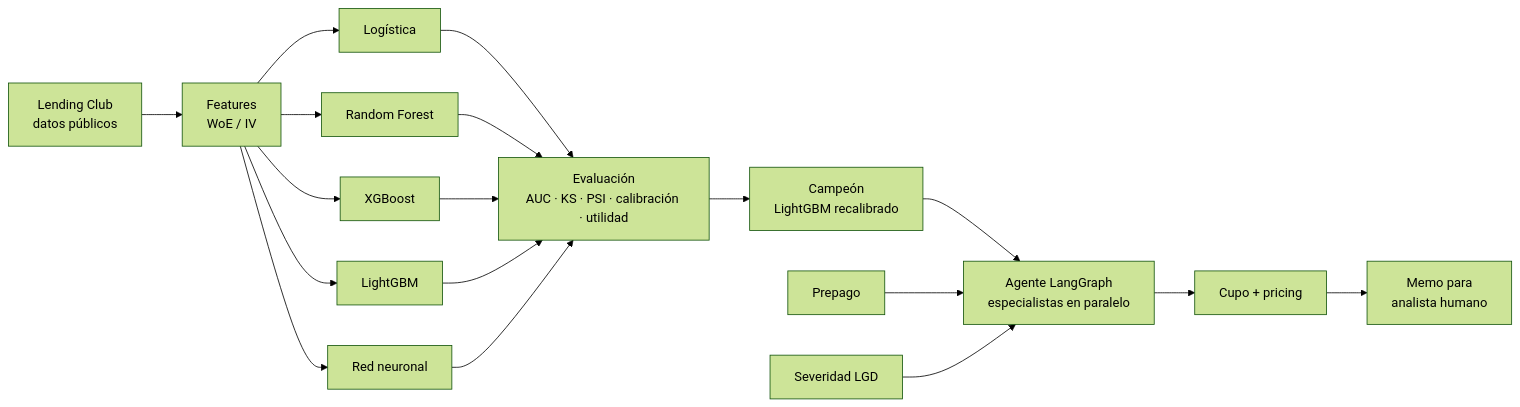
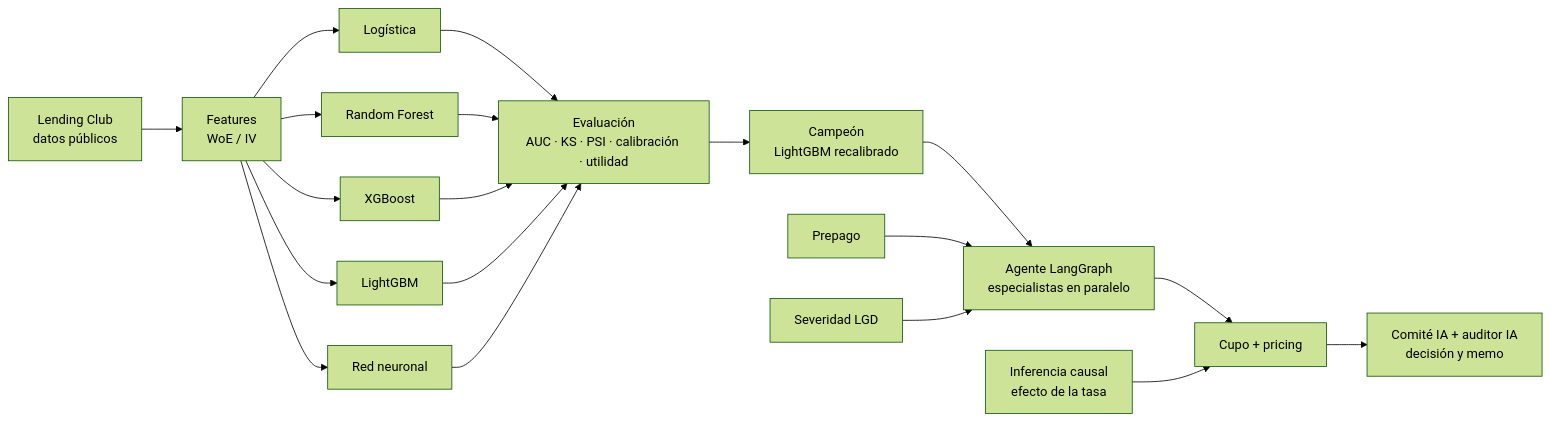
The diagram in README.md (neiderolaya26/credit-risk-agent-lab), drawn with Mermaid (forest theme) before and after one commit. The commit also changed other lines of this file and 4 other files, not shown here.

Commit message:
feat: agente LangGraph 100% IA con especialistas Claude, comité, reglas duras y auditor (decisión 016)

````diff
--- a/README.md
+++ b/README.md
@@ -13,16 +13,17 @@
 ```mermaid
 flowchart LR
     D[Lending Club<br/>datos públicos] --> F[Features<br/>WoE / IV]
     F --> M1[Logística]
     F --> M2[Random Forest]
     F --> M3[XGBoost]
     F --> M4[LightGBM]
     F --> M5[Red neuronal]
     M1 & M2 & M3 & M4 & M5 --> E[Evaluación<br/>AUC · KS · PSI · calibración · utilidad]
     E --> C[Campeón<br/>LightGBM recalibrado]
     C --> A[Agente LangGraph<br/>especialistas en paralelo]
     PP[Prepago] --> A
     L[Severidad LGD] --> A
     A --> CU[Cupo + pricing]
-    CU --> H[Memo para<br/>analista humano]
+    IC[Inferencia causal<br/>efecto de la tasa] --> CU
+    CU --> H[Comité IA + auditor IA<br/>decisión y memo]
 ```
````
